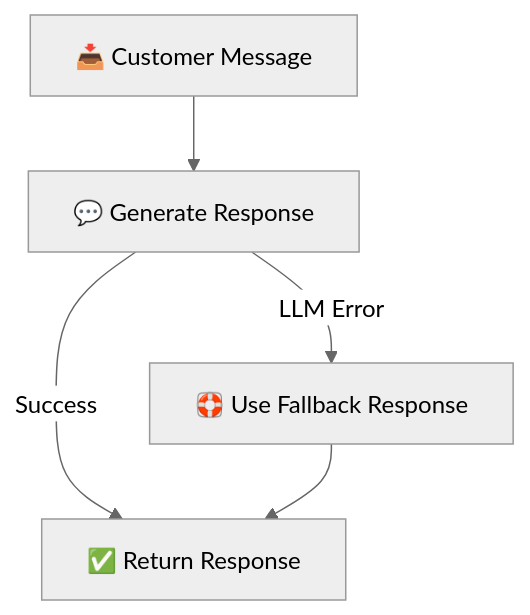
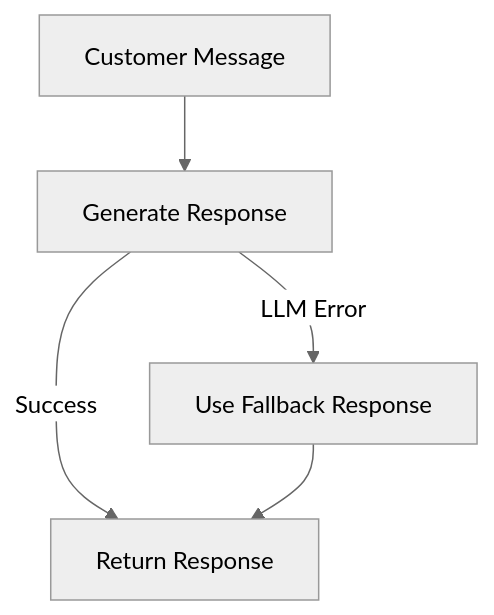
One commit to kjayashr/deal-closer changed the fourth of 5 diagrams in README.md. Above: the diagram before and after it, drawn with Mermaid (neutral theme). The commit also changed other lines of this file, not shown here.

First line of the commit message:
Fix Mermaid diagrams in README - remove emojis from node labels

````diff
--- a/README.md
+++ b/README.md
@@ -243,7 +243,7 @@
 ```mermaid
 flowchart TD
-    Start[📥 Customer Message] --> Generate[💬 Generate Response]
-    Generate -->|Success| Return[✅ Return Response]
-    Generate -->|LLM Error| Fallback[🛟 Use Fallback Response]
+    Start[Customer Message] --> Generate[Generate Response]
+    Generate -->|Success| Return[Return Response]
+    Generate -->|LLM Error| Fallback[Use Fallback Response]
     Fallback --> Return
 ```
````
